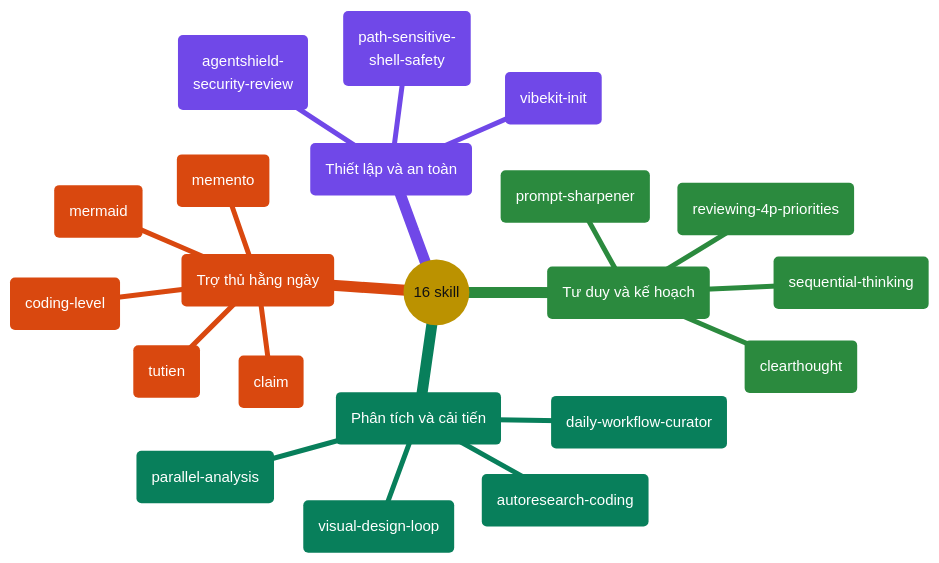
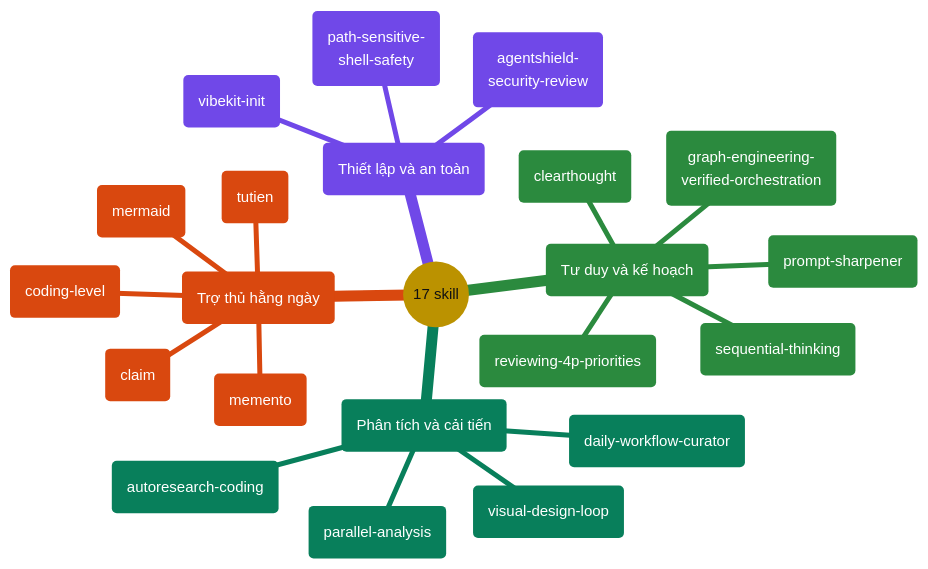
The fifth of 8 diagrams in docs/README.vi.md (giang6283623/minimal-vibe-coding-kit), drawn with Mermaid before and after one commit. The commit also changed other lines of this file and 23 other files, not shown here.

Commit message:
feat(release): 0.5.3 graph-engineering-verified-orchestration skill, README example case, validator gates

````diff
--- a/docs/README.vi.md
+++ b/docs/README.vi.md
@@ -344,57 +344,58 @@
 ```mermaid
 ---
 config:
   theme: base
   themeCSS: >-
     .mindmap-node:not(.section-root):not(.section--1) text,
     .mindmap-node:not(.section-root):not(.section--1) tspan
     { fill: #FFFFFF !important; }
     .mindmap-node:not(.section-root):not(.section--1) div,
     .mindmap-node:not(.section-root):not(.section--1) span,
     .mindmap-node:not(.section-root):not(.section--1) p
     { color: #FFFFFF !important; }
   themeVariables:
     darkMode: false
     fontFamily: cascadia mono, consolas, noto sans mono, menlo, monospace
     fontSize: 15px
     lineColor: "#888888"
     textColor: "#111111"
     primaryColor: "#FFD43B"
     primaryTextColor: "#111111"
     primaryBorderColor: "#444444"
     cScale0: "#1971C2"
     cScale1: "#7048E8"
     cScale2: "#2B8A3E"
     cScale3: "#087F5B"
     cScale4: "#D9480F"
     cScale5: "#C2255C"
     cScaleLabel0: "#FFFFFF"
     cScaleLabel1: "#FFFFFF"
     cScaleLabel2: "#FFFFFF"
     cScaleLabel3: "#FFFFFF"
     cScaleLabel4: "#FFFFFF"
     cScaleLabel5: "#FFFFFF"
 ---
 mindmap
-  root(("16 skill"))
+  root(("17 skill"))
     setup("Thiết lập và an toàn")
       s1("vibekit-init")
       s2("agentshield-<br/>security-review")
       s3("path-sensitive-<br/>shell-safety")
     think("Tư duy và kế hoạch")
       t1("clearthought")
       t2("sequential-thinking")
       t3("prompt-sharpener")
       t4("reviewing-4p-priorities")
+      t5("graph-engineering-<br/>verified-orchestration")
     analyze("Phân tích và cải tiến")
       a1("parallel-analysis")
       a2("autoresearch-coding")
       a3("daily-workflow-curator")
       a4("visual-design-loop")
     helpers("Trợ thủ hằng ngày")
       h1("memento")
       h2("coding-level")
       h3("mermaid")
       h4("claim")
       h5("tutien")
 ```
````
